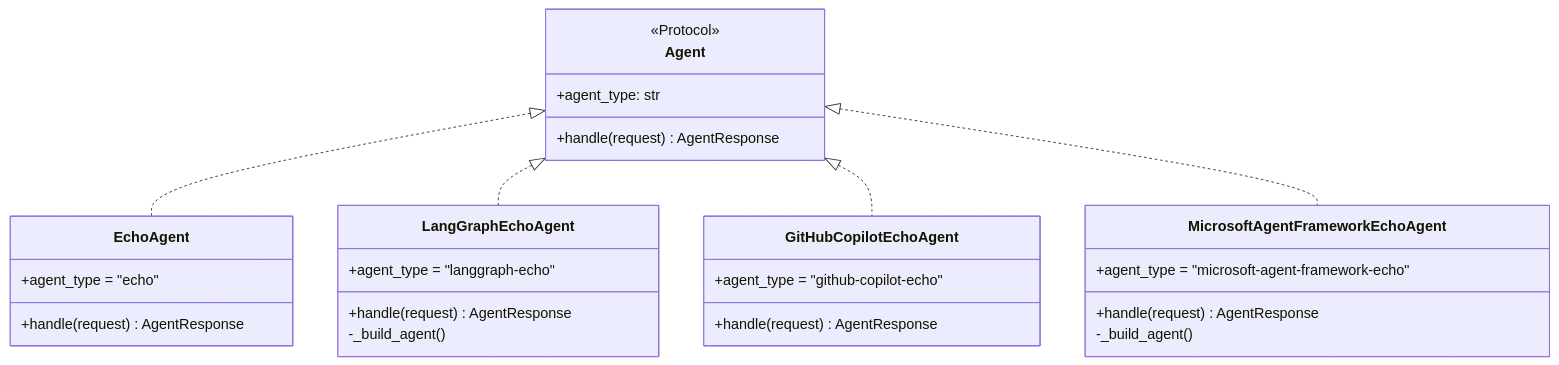
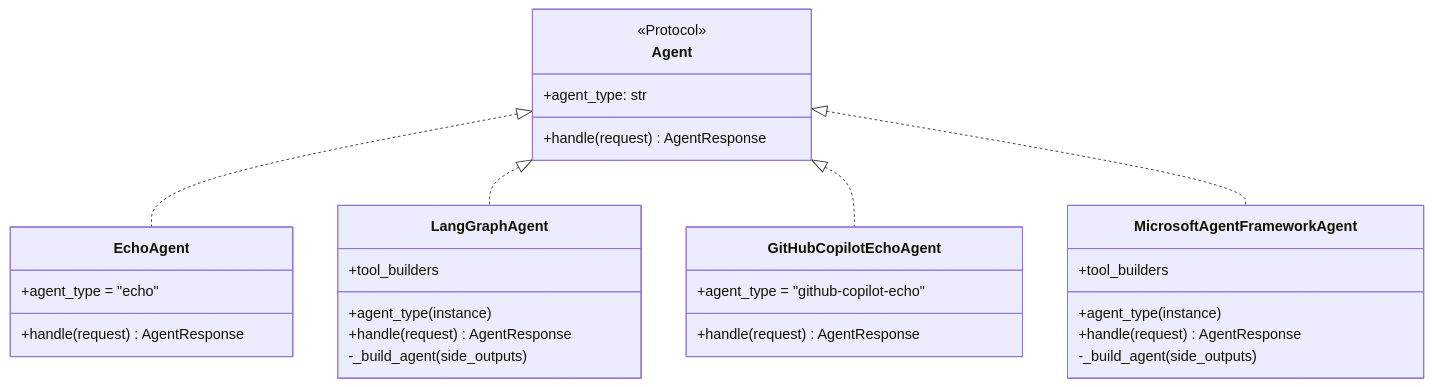
One commit to ks6088ts-labs/concierge changed the second of 2 diagrams in docs/cloud_agent/index.md. Above: the diagram before and after it, drawn with Mermaid. The commit also changed other lines of this file and 28 other files, not shown here.

First line of the commit message:
Refactor LangGraph and Microsoft Agent Classes

````diff
--- a/docs/cloud_agent/index.md
+++ b/docs/cloud_agent/index.md
@@ -43,30 +45,32 @@
 ```mermaid
 classDiagram
     class Agent {
         <<Protocol>>
         +agent_type: str
         +handle(request) AgentResponse
     }
     class EchoAgent {
         +agent_type = "echo"
         +handle(request) AgentResponse
     }
-    class LangGraphEchoAgent {
-        +agent_type = "langgraph-echo"
+    class LangGraphAgent {
+        +agent_type (instance)
+        +tool_builders
         +handle(request) AgentResponse
-        -_build_agent()
+        -_build_agent(side_outputs)
     }
     class GitHubCopilotEchoAgent {
         +agent_type = "github-copilot-echo"
         +handle(request) AgentResponse
     }
-    class MicrosoftAgentFrameworkEchoAgent {
-        +agent_type = "microsoft-agent-framework-echo"
+    class MicrosoftAgentFrameworkAgent {
+        +agent_type (instance)
+        +tool_builders
         +handle(request) AgentResponse
-        -_build_agent()
+        -_build_agent(side_outputs)
     }
     Agent <|.. EchoAgent
-    Agent <|.. LangGraphEchoAgent
+    Agent <|.. LangGraphAgent
     Agent <|.. GitHubCopilotEchoAgent
-    Agent <|.. MicrosoftAgentFrameworkEchoAgent
+    Agent <|.. MicrosoftAgentFrameworkAgent
 ```
````
